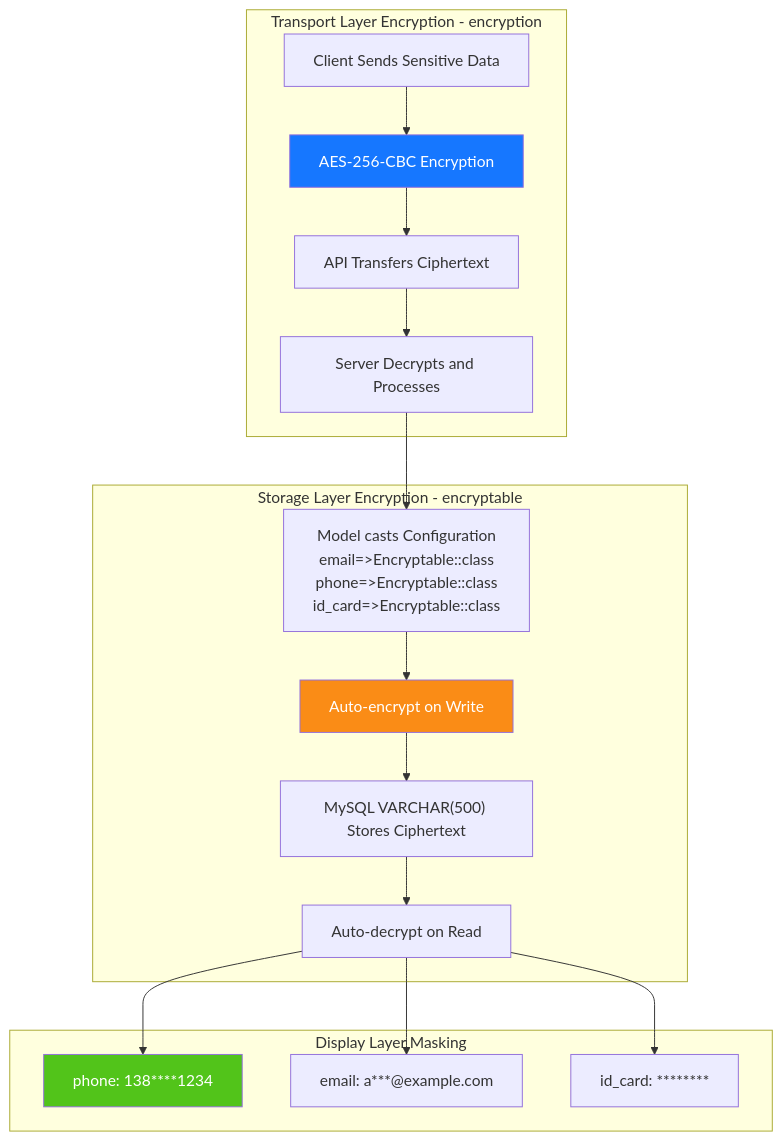
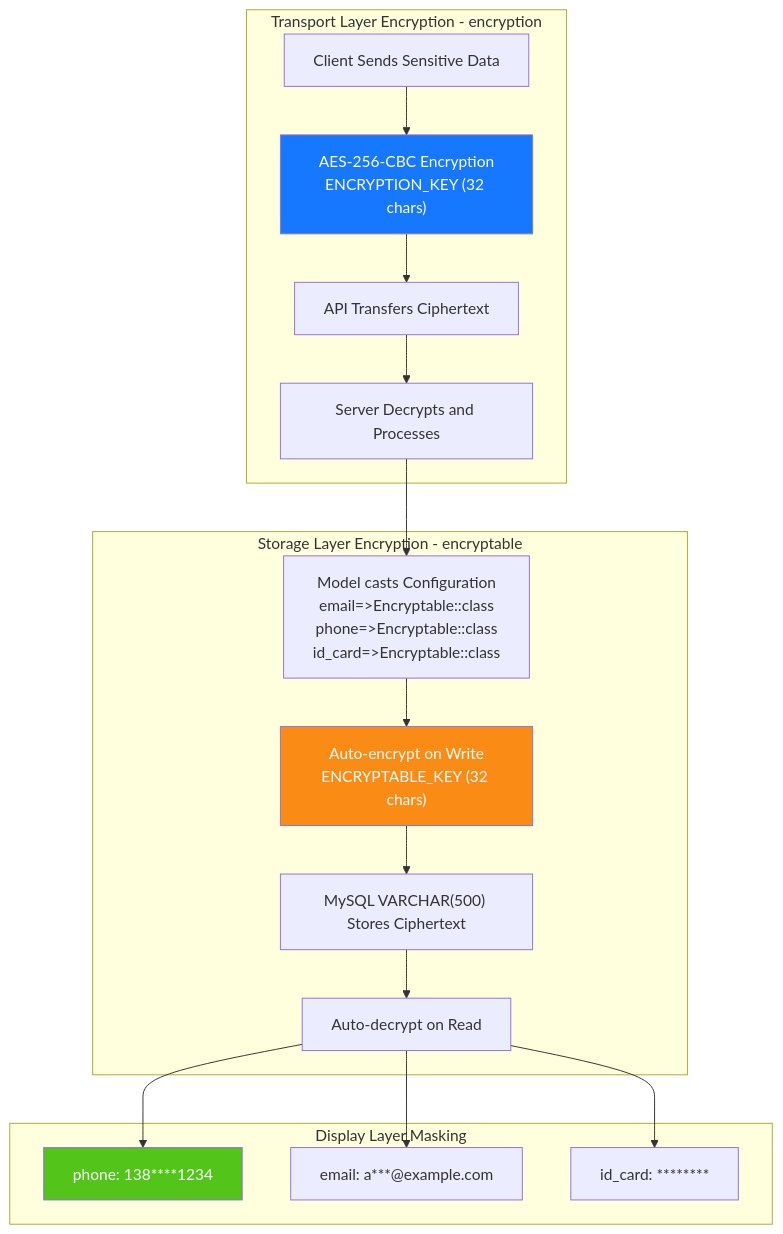
One commit to erikwang2013/integrated-global-logistics changed the diagram in admin/docs/diagrams/07-encryption-layers.en.md. Above: the diagram before and after it, drawn with Mermaid. The commit also changed other lines of this file and 88 other files, not shown here.

````diff
--- a/admin/docs/diagrams/07-encryption-layers.en.md
+++ b/admin/docs/diagrams/07-encryption-layers.en.md
@@ -7,31 +7,31 @@
 ```mermaid
 flowchart TB
     subgraph transport["Transport Layer Encryption - encryption"]
         e1["Client Sends Sensitive Data"]
-        e2["AES-256-CBC Encryption"]
+        e2["AES-256-CBC Encryption<br/>ENCRYPTION_KEY (32 chars)"]
         e3["API Transfers Ciphertext"]
         e4["Server Decrypts and Processes"]
         e1 --> e2 --> e3 --> e4
     end
 
     subgraph storage["Storage Layer Encryption - encryptable"]
         d1["Model casts Configuration<br/>email=>Encryptable::class<br/>phone=>Encryptable::class<br/>id_card=>Encryptable::class"]
-        d2["Auto-encrypt on Write"]
+        d2["Auto-encrypt on Write<br/>ENCRYPTABLE_KEY (32 chars)"]
         d3["MySQL VARCHAR(500) Stores Ciphertext"]
         d4["Auto-decrypt on Read"]
         d1 --> d2 --> d3 --> d4
     end
 
     subgraph mask["Display Layer Masking"]
         m1["phone: 138****1234"]
         m2["email: a***@example.com"]
         m3["id_card: ********"]
         d4 --> m1 & m2 & m3
     end
 
     e4 --> d1
 
     style e2 fill:#1677FF,color:#fff
     style d2 fill:#FA8C16,color:#fff
     style m1 fill:#52C41A,color:#fff
 ```
````
